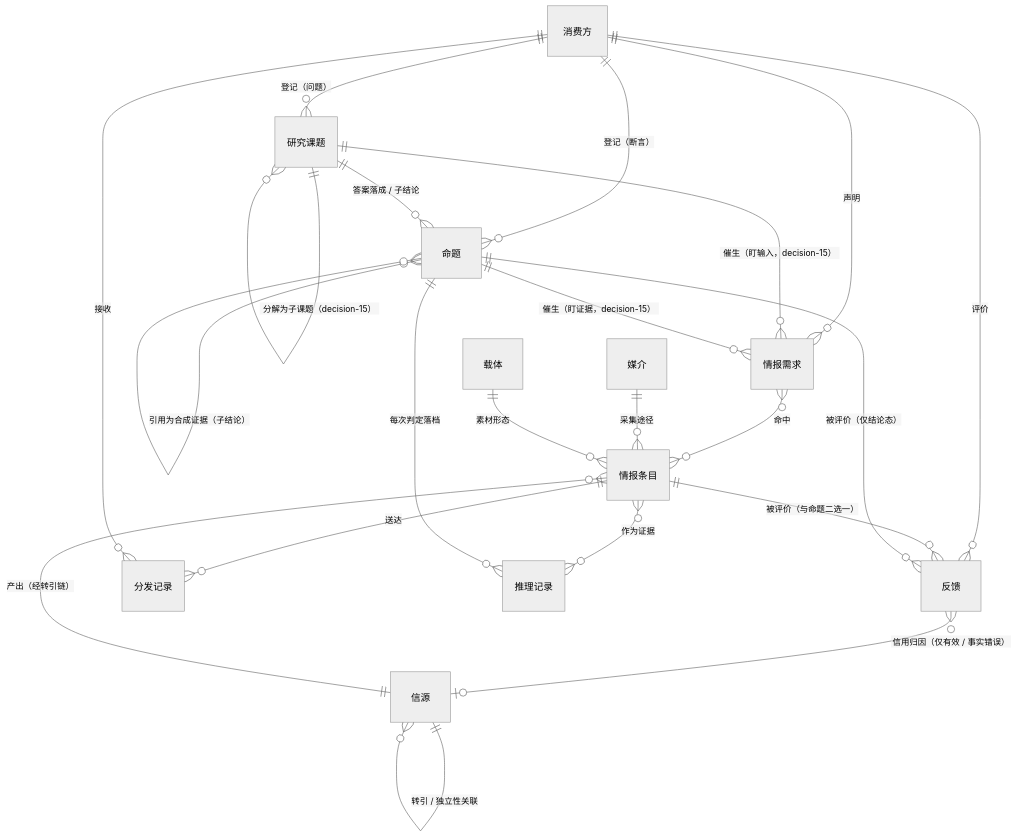
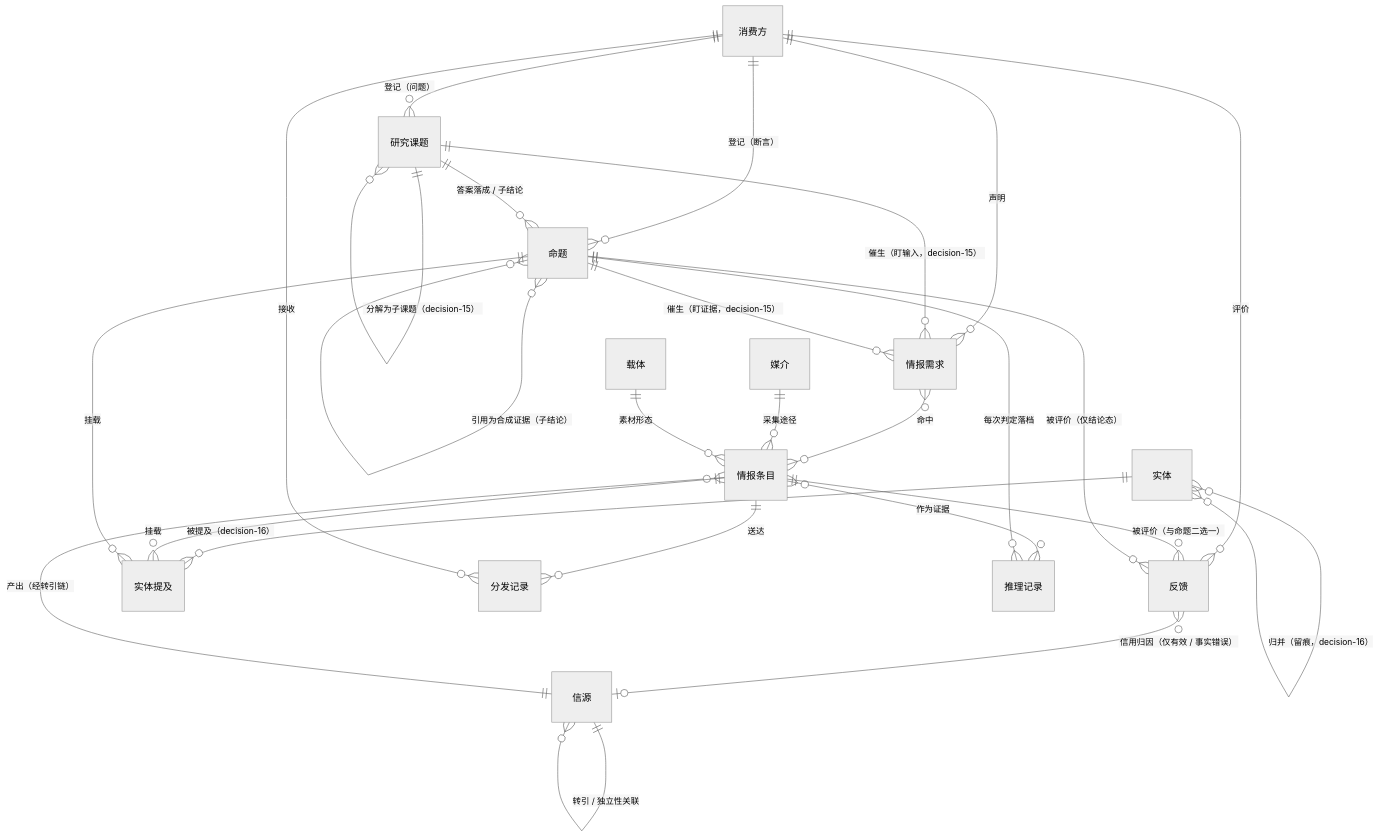
Before and after one commit to leoricmaster/iih: the third of 7 diagrams in backlog/docs/doc-02 - 领域模型-Domain-Model.md, drawn with Mermaid (neutral theme). The commit also changed other lines of this file and 7 other files, not shown here.

Commit message:
实体层纳入目标态领域模型（decision-16）：术语表新增实体/实体提及/实体归一（五节），领域模型补 ER 关系与实体层段（关系边不落账、实体不进判定链、连通度为测量变量、孤岛为新话题探测器），数据设计与智能体规约同步（采集抽取提及、审查四维度把关含实体归一），立项文档补实体底座，信息架构增设图谱页与详情页局部关联图；原型同步：图谱页（实体/对象双视图、断连孤岛演示）、条目/命题详情实体提及行与关联图

````diff
--- a/backlog/docs/doc-02 - 领域模型-Domain-Model.md
+++ b/backlog/docs/doc-02 - 领域模型-Domain-Model.md
@@ -68,24 +68,28 @@
 ```mermaid
 erDiagram
     消费方 ||--o{ 情报需求 : "声明"
     消费方 ||--o{ 反馈 : "评价"
     消费方 ||--o{ 研究课题 : "登记（问题）"
     消费方 ||--o{ 命题 : "登记（断言）"
     研究课题 ||--o{ 命题 : "答案落成 / 子结论"
     研究课题 ||--o{ 情报需求 : "催生（盯输入，decision-15）"
     命题 ||--o{ 情报需求 : "催生（盯证据，decision-15）"
     研究课题 ||--o{ 研究课题 : "分解为子课题（decision-15）"
     命题 }o--o{ 命题 : "引用为合成证据（子结论）"
     情报需求 }o--o{ 情报条目 : "命中"
     媒介 ||--o{ 情报条目 : "采集途径"
     载体 ||--o{ 情报条目 : "素材形态"
     信源 ||--o{ 情报条目 : "产出（经转引链）"
     信源 ||--o{ 信源 : "转引 / 独立性关联"
+    实体 ||--o{ 实体提及 : "被提及（decision-16）"
+    情报条目 ||--o{ 实体提及 : "挂载"
+    命题 ||--o{ 实体提及 : "挂载"
+    实体 }o--o{ 实体 : "归并（留痕，decision-16）"
     情报条目 ||--o{ 分发记录 : "送达"
     消费方 ||--o{ 分发记录 : "接收"
     情报条目 }o--o{ 推理记录 : "作为证据"
     命题 ||--o{ 推理记录 : "每次判定落档"
     情报条目 ||--o{ 反馈 : "被评价（与命题二选一）"
     命题 ||--o{ 反馈 : "被评价（仅结论态）"
     反馈 }o--o| 信源 : "信用归因（仅有效 / 事实错误）"
 ```
````
